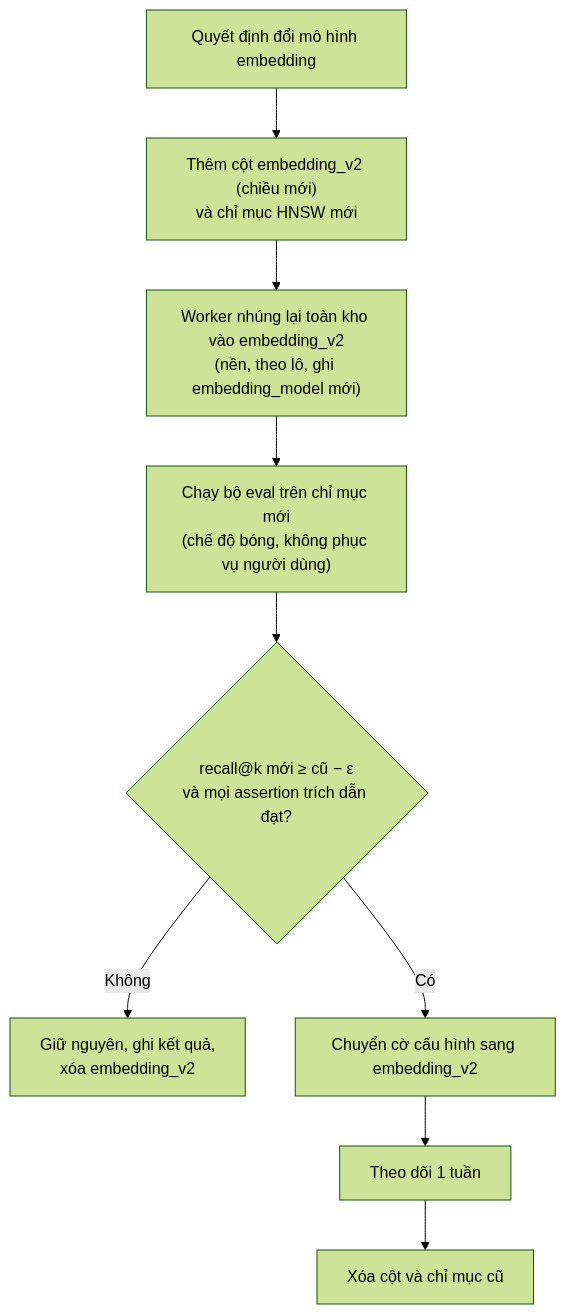
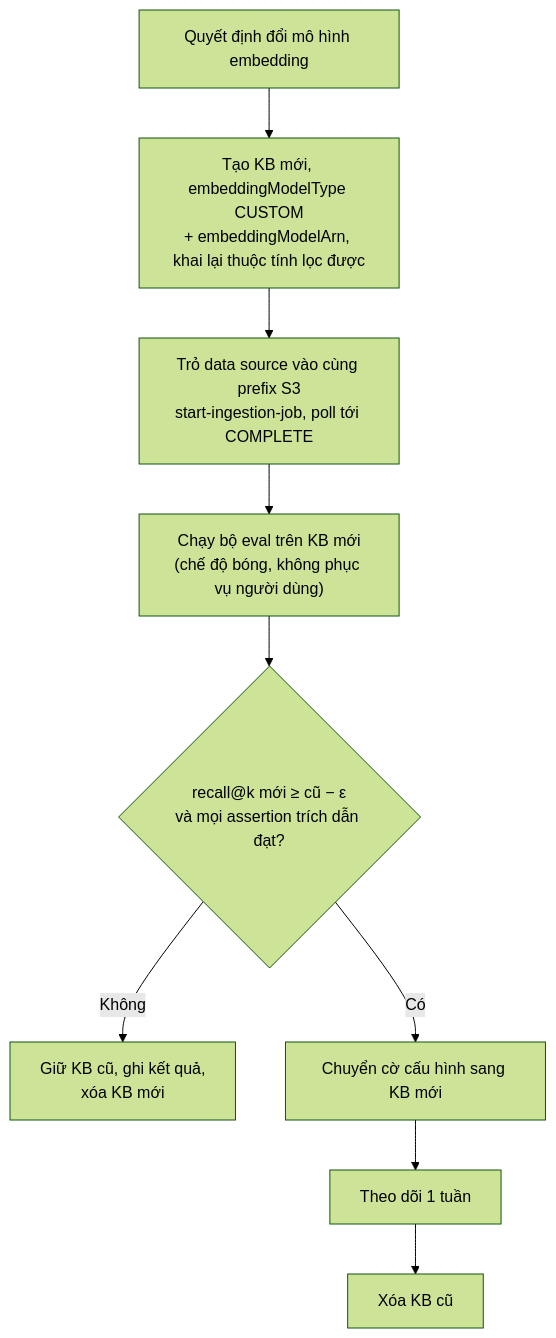
One commit to vdloc/vfstructures-ai-solution changed the sixth of 6 diagrams in 03-rag.md. Above: the diagram before and after it, drawn with Mermaid (forest theme). The commit also changed other lines of this file and 26 other files, not shown here.

Commit message:
Update v1.1 architecture docs and add guidelines, specs, presentation material

````diff
--- a/03-rag.md
+++ b/03-rag.md
@@ -355,11 +507,11 @@
 ```mermaid
 flowchart TD
-  A["Quyết định đổi mô hình embedding"] --> B["Thêm cột embedding_v2 (chiều mới)<br/>và chỉ mục HNSW mới"]
-  B --> C["Worker nhúng lại toàn kho vào embedding_v2<br/>(nền, theo lô, ghi embedding_model mới)"]
-  C --> D["Chạy bộ eval trên chỉ mục mới<br/>(chế độ bóng, không phục vụ người dùng)"]
+  A["Quyết định đổi mô hình embedding"] --> B["Tạo KB mới, embeddingModelType CUSTOM<br/>+ embeddingModelArn, khai lại thuộc tính lọc được"]
+  B --> C["Trỏ data source vào cùng prefix S3<br/>start-ingestion-job, poll tới COMPLETE"]
+  C --> D["Chạy bộ eval trên KB mới<br/>(chế độ bóng, không phục vụ người dùng)"]
   D --> E{"recall@k mới ≥ cũ − ε<br/>và mọi assertion trích dẫn đạt?"}
-  E -->|"Không"| F["Giữ nguyên, ghi kết quả,<br/>xóa embedding_v2"]
-  E -->|"Có"| G["Chuyển cờ cấu hình sang embedding_v2"]
+  E -->|"Không"| F["Giữ KB cũ, ghi kết quả,<br/>xóa KB mới"]
+  E -->|"Có"| G["Chuyển cờ cấu hình sang KB mới"]
   G --> H["Theo dõi 1 tuần"]
-  H --> I["Xóa cột và chỉ mục cũ"]
+  H --> I["Xóa KB cũ"]
 ```
````
